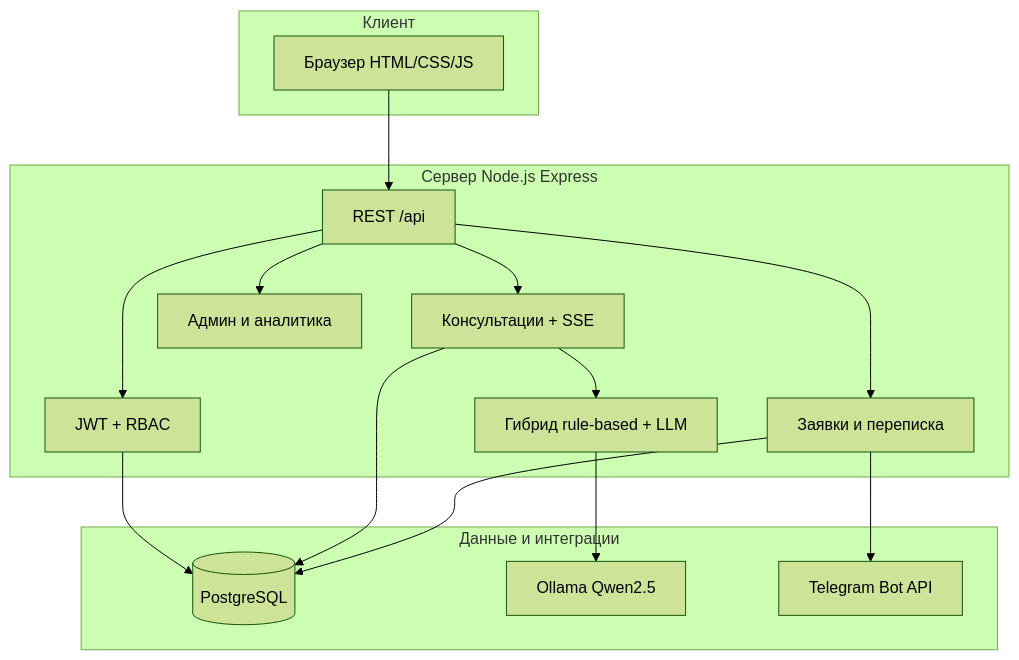
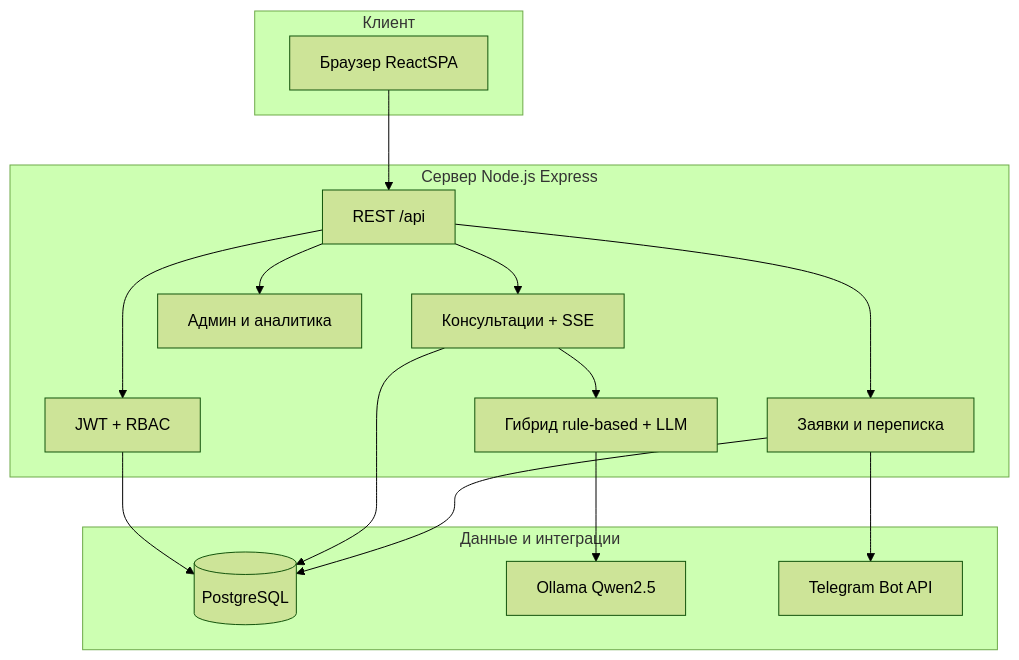
The diagram in docs/architecture.md (Nikityanskiy01/car-service-ai-assistant), drawn with Mermaid (forest theme) before and after one commit. The commit also changed other lines of this file and 291 other files, not shown here.

````diff
--- a/docs/architecture.md
+++ b/docs/architecture.md
@@ -7,30 +7,30 @@
 ```mermaid
 flowchart TB
   subgraph client [Клиент]
-    Browser[Браузер HTML/CSS/JS]
+    Browser[Браузер ReactSPA]
   end
   subgraph server [Сервер Node.js Express]
     API[REST /api]
     Auth[JWT + RBAC]
     Consult[Консультации + SSE]
     AI[Гибрид rule-based + LLM]
     SR[Заявки и переписка]
     Admin[Админ и аналитика]
   end
   subgraph data [Данные и интеграции]
     PG[(PostgreSQL)]
     Ollama[Ollama Qwen2.5]
     TG[Telegram Bot API]
   end
   Browser --> API
   API --> Auth
   API --> Consult
   Consult --> AI
   AI --> Ollama
   API --> SR
   API --> Admin
   Auth --> PG
   Consult --> PG
   SR --> PG
   SR --> TG
 ```
````
